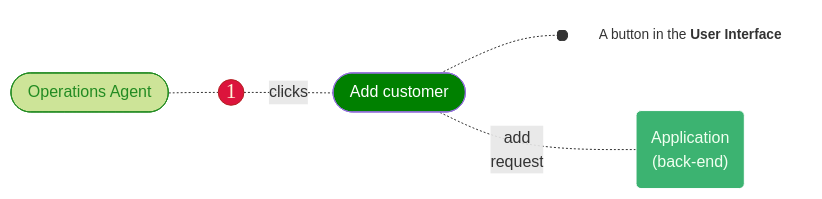
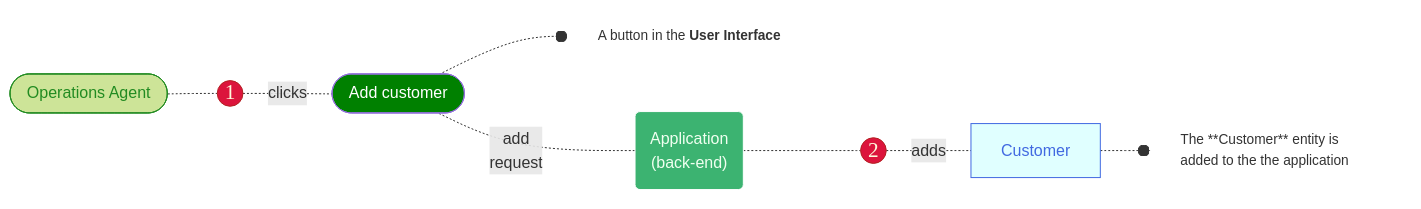
Before and after one commit to joe-dorward/samples: the diagram in 2025_Sage_Playa/mermaid/template_02.md, drawn with Mermaid.

````diff
--- a/2025_Sage_Playa/mermaid/template_02.md
+++ b/2025_Sage_Playa/mermaid/template_02.md
@@ -3,27 +3,39 @@
 ```mermaid
 flowchart LR
 
   %% define styles
   classDef User fill:#cde498, stroke:forestgreen, color:forestgreen;
   classDef Number fill:crimson, color:cornsilk, stroke:firebrick, font-family:verdana, font-size:16pt, padding:10px;
   classDef Button fill:green, color:white;
   classDef Note fill:transparent, stroke:white, text-align:left, font-size: 95%;
+
   classDef Backend fill:mediumseagreen, stroke:white, color:honeydew;
+  classDef Entity fill:lightcyan, stroke:royalblue, color:royalblue;
   
   %% ---------- ---------- ---------- ---------- ---------- ---------- ---------- ---------- ---------- ----------
   OPERATIONS_AGENT_01([&nbsp;Operations Agent&nbsp;]):::User
   %% ---------- ---------- ---------- ---------- ---------- ---------- ---------- ---------- ---------- ----------
   1(("1")):::Number
   ADD_CUSTOMER_01([&nbsp;Add customer&nbsp;]):::Button
   ADD_CUSTOMER_01_NOTE["A button in the <b>User Interface</b>"]:::Note
 
   OPERATIONS_AGENT_01-.-
   1-.clicks.-
   ADD_CUSTOMER_01-.-o
   ADD_CUSTOMER_01_NOTE
   %% ---------- ---------- ---------- ---------- ---------- ---------- ---------- ---------- ---------- ----------
   APPLICATION_BACK_END_01("Application<br/>(back-end)"):::Backend
 
   ADD_CUSTOMER_01-.add<br/>request.-
   APPLICATION_BACK_END_01
+  %% ---------- ---------- ---------- ---------- ---------- ---------- ---------- ---------- ---------- ----------
+  2(("2")):::Number
+  CUSTOMER_01["Customer"]:::Entity
+  CUSTOMER_01_NOTE["The **Customer** entity is added to the the application"]:::Note
+
+  APPLICATION_BACK_END_01-.-
+  2-.adds.-
+  CUSTOMER_01-.-o
+  CUSTOMER_01_NOTE
+
 ```
````
